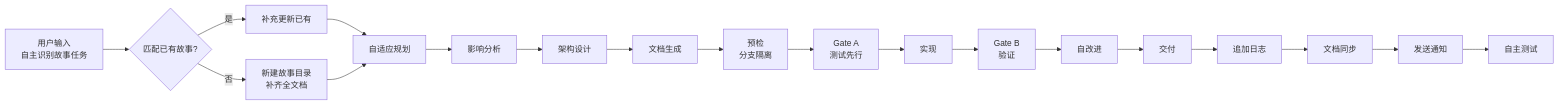
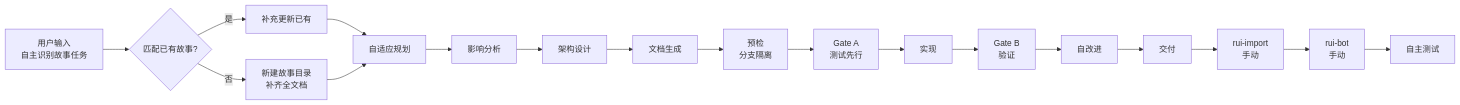
The second of 16 diagrams in skills/rui/SKILL.md (effiy/YrY), drawn with Mermaid before and after one commit. The commit also changed other lines of this file and 37 other files, not shown here.

````diff
--- a/skills/rui/SKILL.md
+++ b/skills/rui/SKILL.md
@@ -73,10 +74,10 @@
 ```mermaid
 flowchart LR
     A[用户输入<br/>自主识别故事任务] --> A1{匹配已有故事?}
     A1 -->|"是"| A2[补充更新已有]
     A1 -->|"否"| A3[新建故事目录<br/>补齐全文档]
     A2 --> B[自适应规划] --> C[影响分析] --> D[架构设计] --> E[文档生成]
     A3 --> B
     E --> F[预检<br/>分支隔离] --> G[Gate A<br/>测试先行] --> H[实现] --> I[Gate B<br/>验证] --> J[自改进] --> K[交付]
-    K --> K1[追加日志] --> K2[文档同步] --> K3[发送通知] --> K4[自主测试]
+    K --> K1[rui-import<br/>手动] --> K2[rui-bot<br/>手动] --> K3[自主测试]
 ```
````
